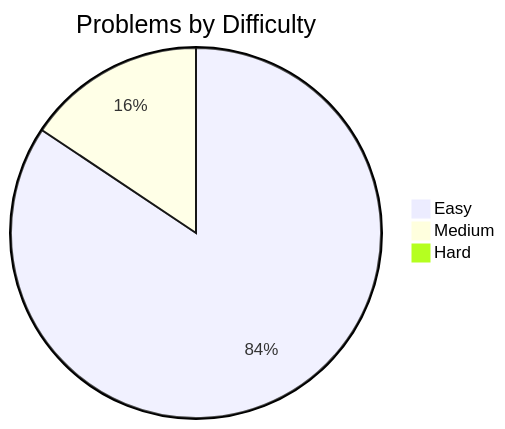
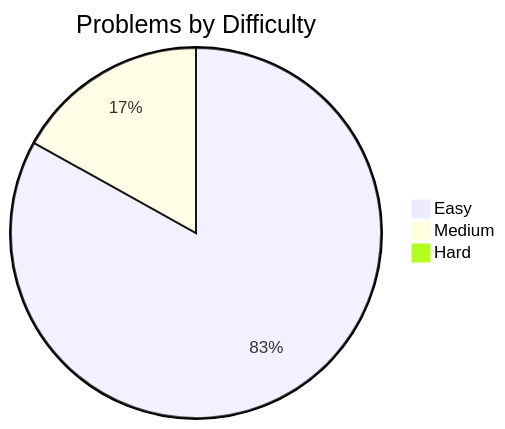
The diagram in README.md (davelin18yufan/leetcode-journal), drawn with Mermaid before and after one commit. The commit also changed other lines of this file and 6 other files, not shown here.

````diff
--- a/README.md
+++ b/README.md
@@ -7,7 +7,7 @@
 ```mermaid
 pie
     title Problems by Difficulty
     "Easy" : 54
-    "Medium" : 10
+    "Medium" : 11
     "Hard" : 0
 ```
````
